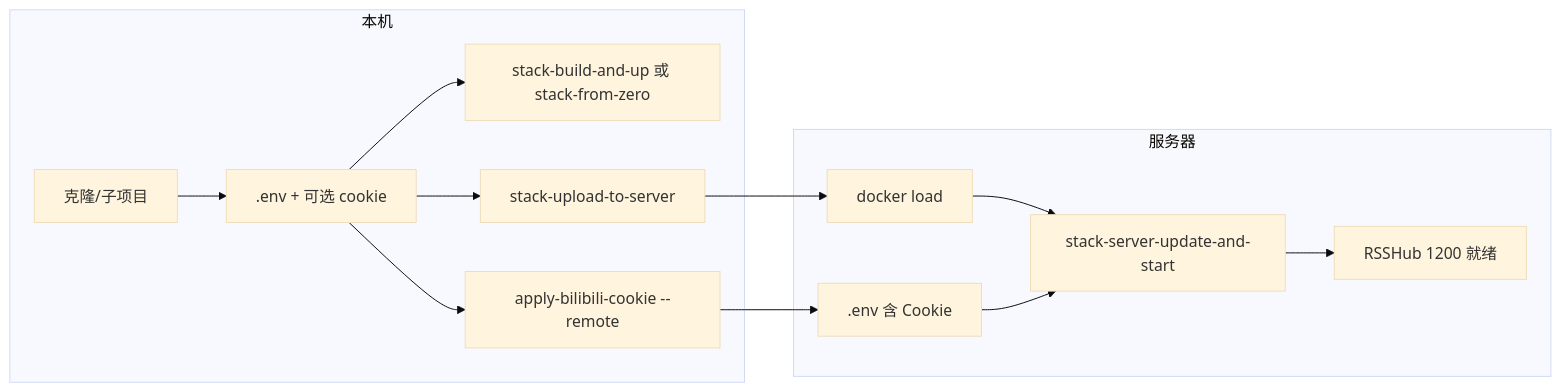
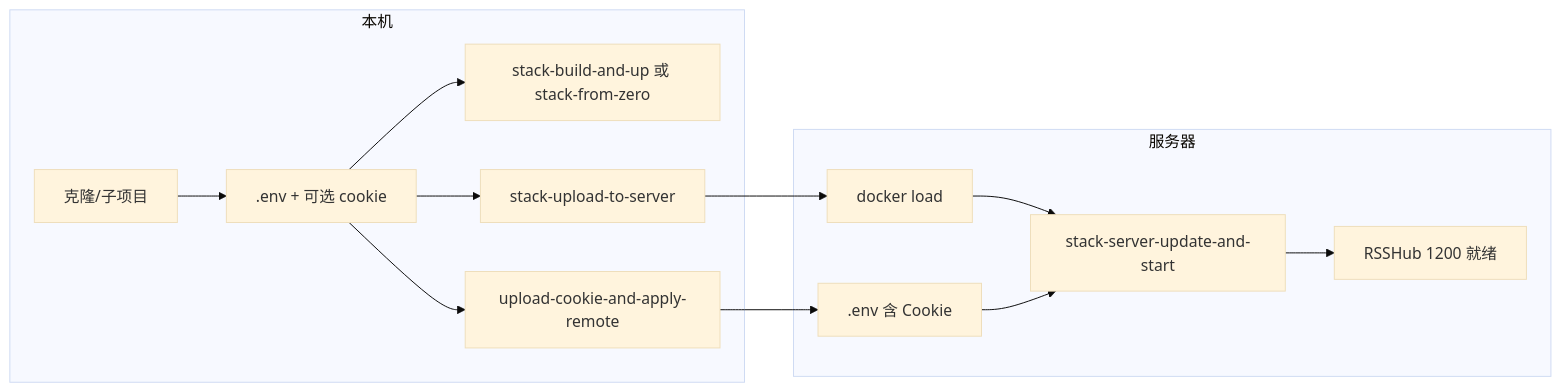
Before and after one commit to xiaolitongxue666/rss: the diagram in docs/deployment-plan.md, drawn with Mermaid (base theme). The commit also changed other lines of this file and 8 other files, not shown here.

````diff
--- a/docs/deployment-plan.md
+++ b/docs/deployment-plan.md
@@ -50,24 +50,24 @@
 ```mermaid
 flowchart LR
   subgraph local [本机]
     A[克隆/子项目]
     B[.env + 可选 cookie]
     C[stack-build-and-up 或 stack-from-zero]
     D[stack-upload-to-server]
-    E[apply-bilibili-cookie --remote]
+    E[upload-cookie-and-apply-remote]
   end
   subgraph server [服务器]
     F[docker load]
     G[.env 含 Cookie]
     H[stack-server-update-and-start]
     I[RSSHub 1200 就绪]
   end
   A --> B --> C
   B --> D
   B --> E
   D --> F
   E --> G
   F --> H
   G --> H
   H --> I
 ```
````
